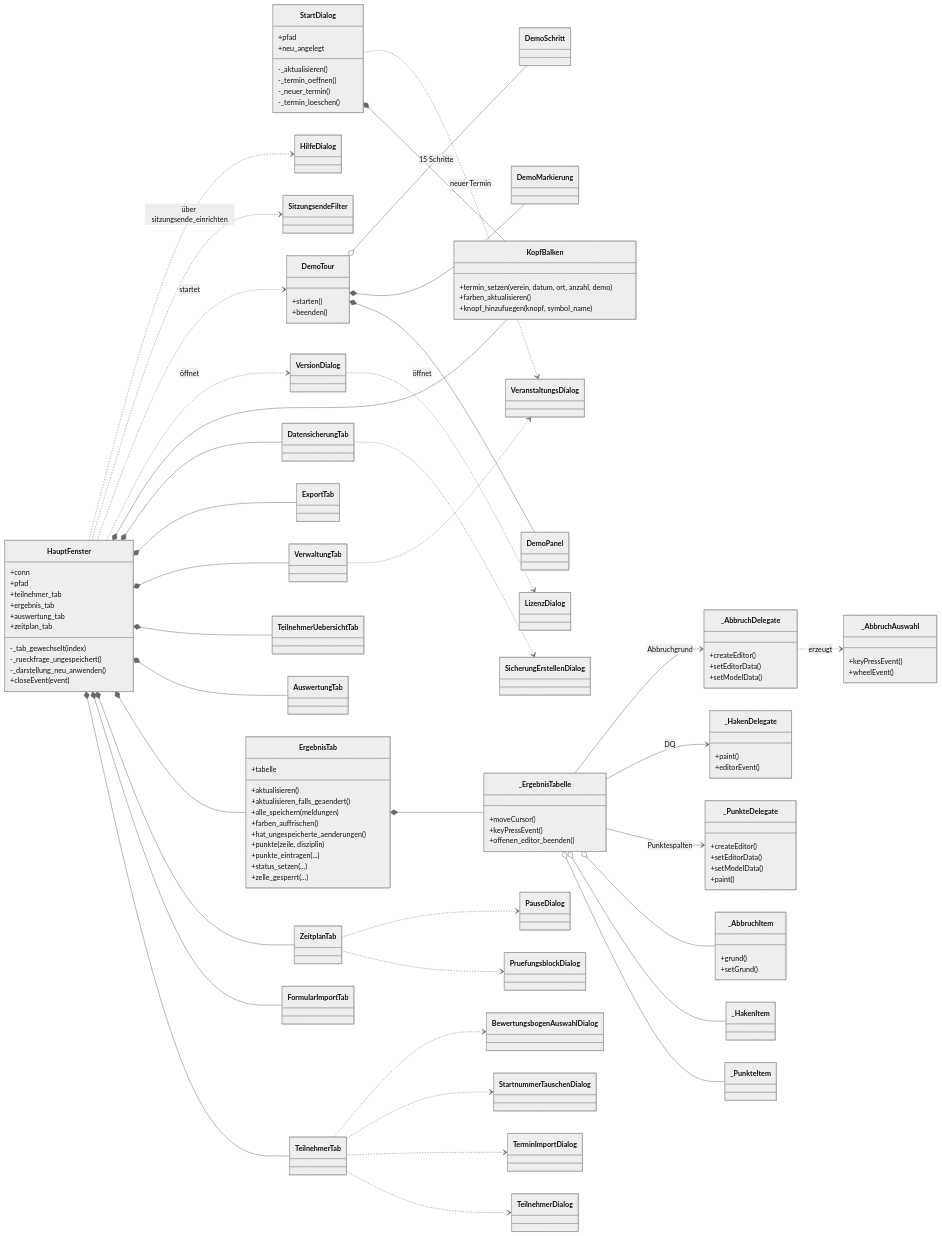
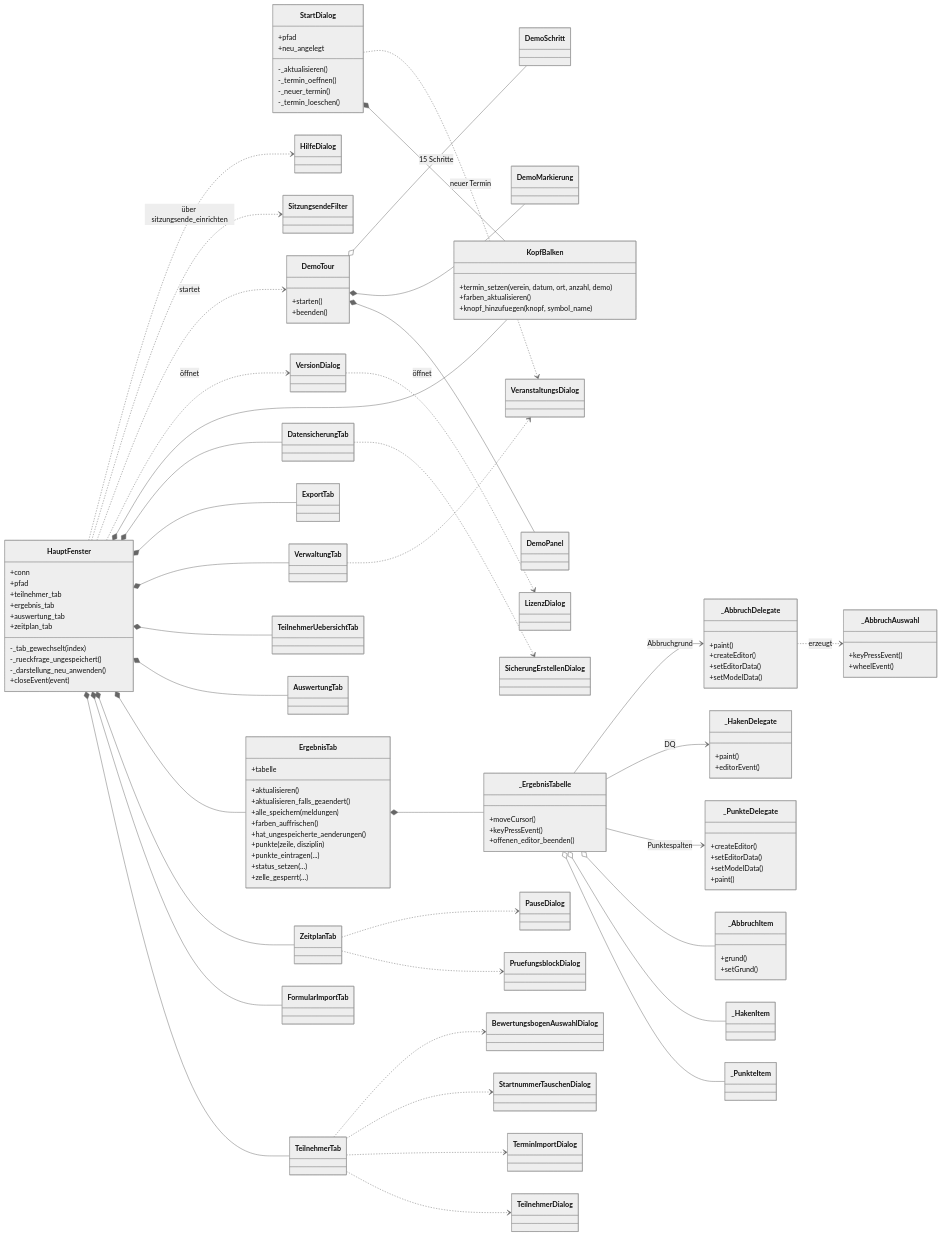
One commit to mbruver-source/SHS changed the second of 13 diagrams in UML.md. Above: the diagram before and after it, drawn with Mermaid (neutral theme). The commit also changed other lines of this file and 5 other files, not shown here.

```diff
--- a/UML.md
+++ b/UML.md
@@ -142,6 +142,7 @@
         +editorEvent()
     }
     class _AbbruchDelegate {
+        +paint()
         +createEditor()
         +setEditorData()
         +setModelData()
```
